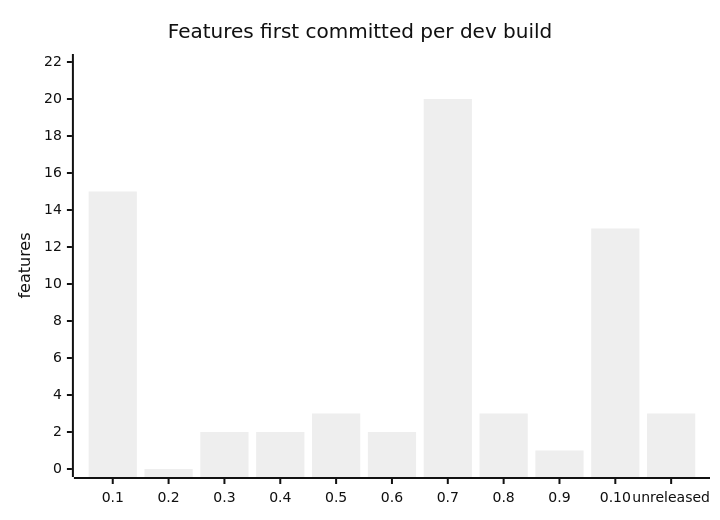
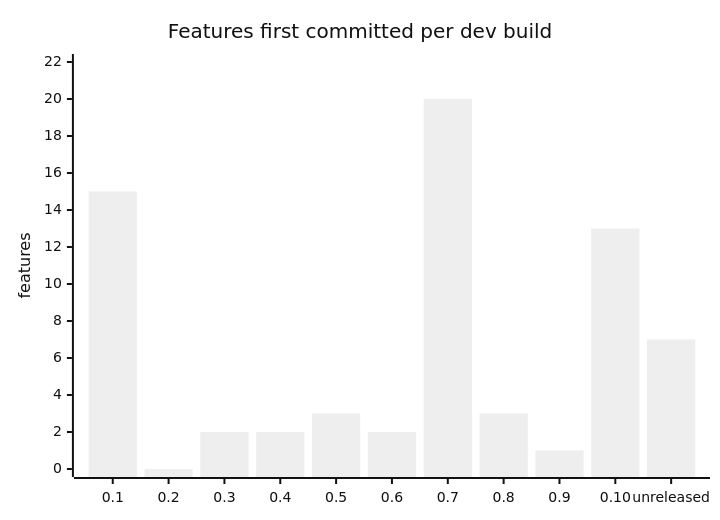
Before and after one commit to Aajos/ThatWay: the diagram in docs/vault/_generated/Build timeline.md, drawn with Mermaid (neutral theme). The commit also changed other lines of this file and 98 other files, not shown here.

````diff
--- a/docs/vault/_generated/Build timeline.md
+++ b/docs/vault/_generated/Build timeline.md
@@ -78,7 +78,7 @@
 ```mermaid
 xychart-beta
     title "Features first committed per dev build"
     x-axis ["0.1", "0.2", "0.3", "0.4", "0.5", "0.6", "0.7", "0.8", "0.9", "0.10", "unreleased"]
     y-axis "features" 0 --> 22
-    bar [15, 0, 2, 2, 3, 2, 20, 3, 1, 13, 3]
+    bar [15, 0, 2, 2, 3, 2, 20, 3, 1, 13, 7]
 ```
````
